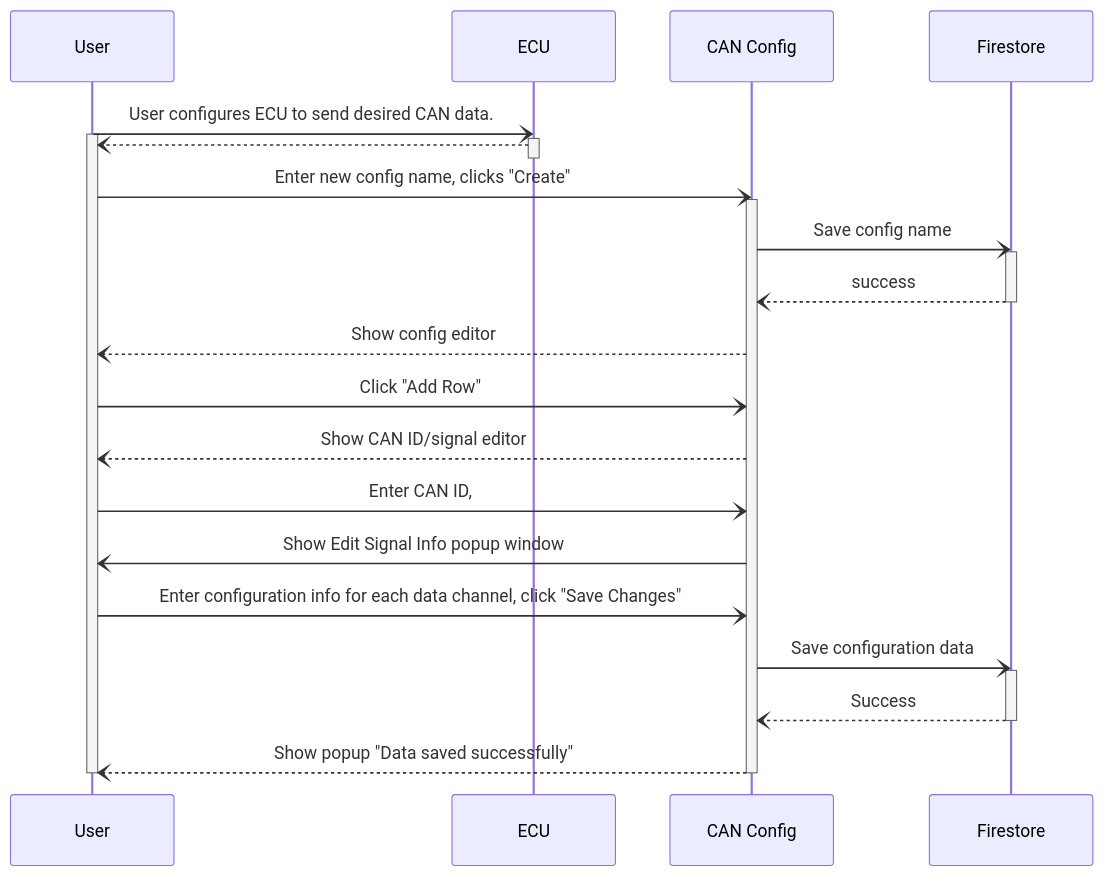
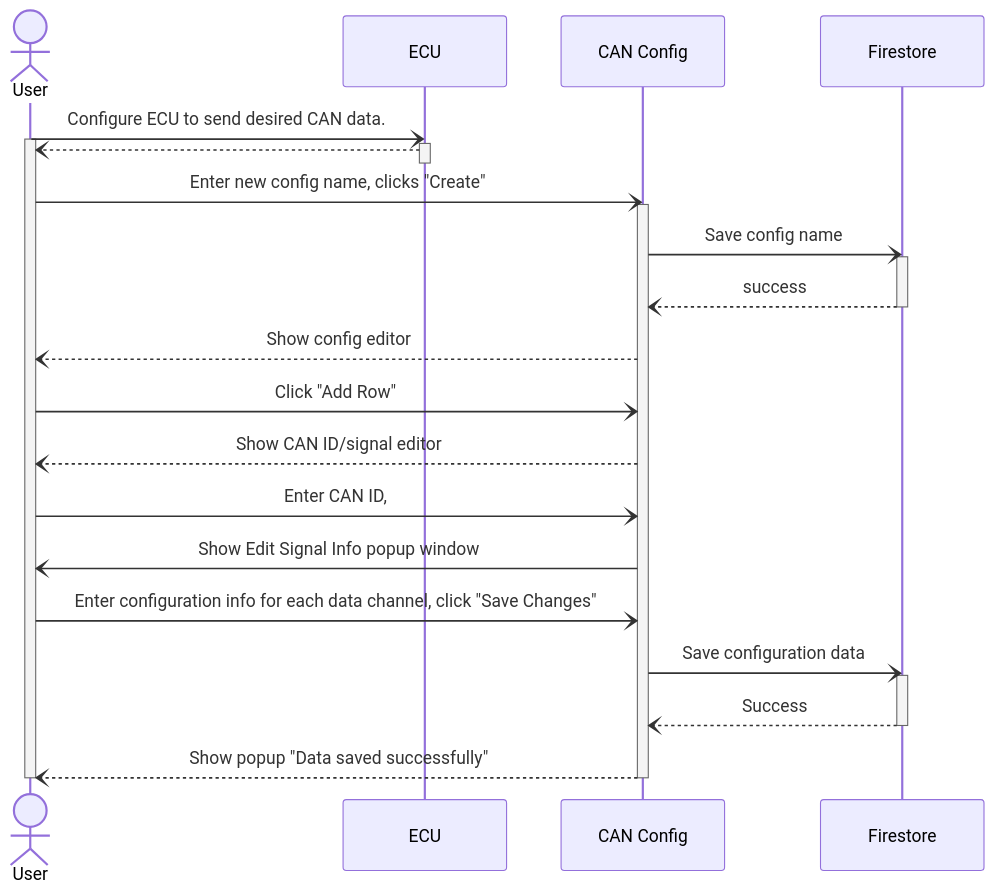
One commit to capstone-projects-2024-fall/project-racecar-telemetry changed the second of 3 diagrams in documentation/docs/system-architecture/Sequence Diagrams.md. Above: the diagram before and after it, drawn with Mermaid. The commit also changed other lines of this file, not shown here.

````diff
--- a/documentation/docs/system-architecture/Sequence Diagrams.md
+++ b/documentation/docs/system-architecture/Sequence Diagrams.md
@@ -31,33 +31,32 @@
 ```mermaid
 sequenceDiagram
-participant User
+actor User
 participant ECU
 participant CAN Config
 participant Firestore
 
-User -) ECU: User configures ECU to send desired CAN data.
+User -) ECU: Configure ECU to send desired CAN data.
 activate User
 activate ECU
 ECU --) User: 
 deactivate ECU
 User -) CAN Config: Enter new config name, clicks "Create"
 activate CAN Config
 CAN Config -) Firestore: Save config name
 activate Firestore
 Firestore --) CAN Config: success
 deactivate Firestore
 CAN Config --) User: Show config editor
 User -) CAN Config: Click "Add Row"
 CAN Config --) User: Show CAN ID/signal editor
 User -) CAN Config: Enter CAN ID, # of Signals, click "Edit Signal Info"
 CAN Config -) User: Show Edit Signal Info popup window
 User -) CAN Config: Enter configuration info for each data channel, click "Save Changes"
 CAN Config -) Firestore: Save configuration data
 activate Firestore
 Firestore --) CAN Config: Success
 deactivate Firestore
 CAN Config --) User: Show popup "Data saved successfully"
 deactivate CAN Config
 deactivate User
-
 ```
````
